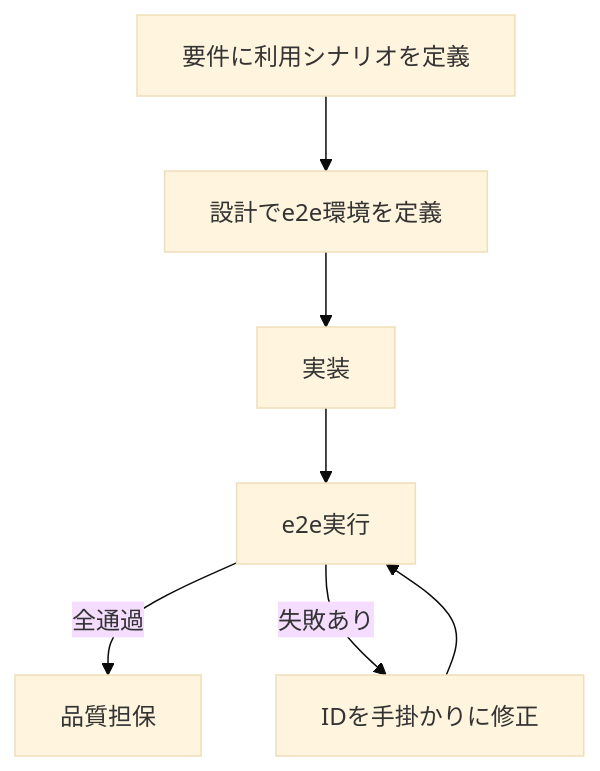
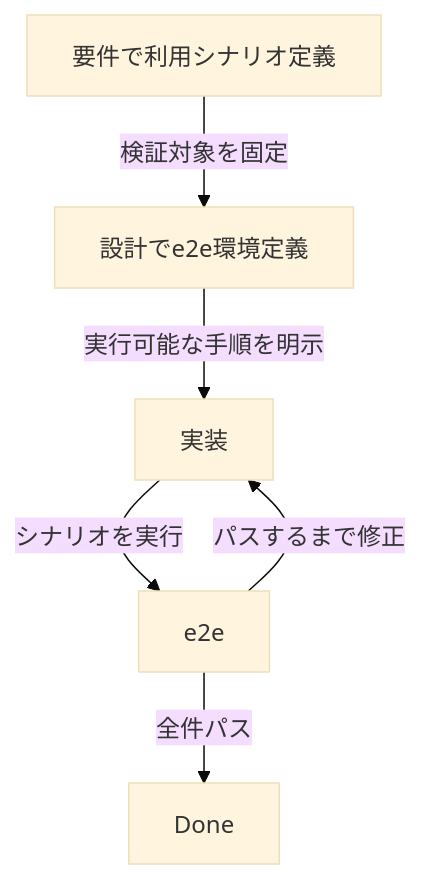
The fourth of 4 diagrams in article_isdd_dialog_spec_dev.md (notfolder/qiita_article), drawn with Mermaid (base theme) before and after one commit. The commit also changed other lines of this file and 3 other files, not shown here.

````diff
--- a/article_isdd_dialog_spec_dev.md
+++ b/article_isdd_dialog_spec_dev.md
@@ -165,9 +151,8 @@
 ```mermaid
 flowchart TD
-    S[要件に利用シナリオを定義] --> D[設計でe2e環境を定義]
-    D --> I[実装]
-    I --> T[e2e実行]
-    T -->|全通過| Q[品質担保]
-    T -->|失敗あり| F[IDを手掛かりに修正]
-    F --> T
+    A[要件で利用シナリオ定義] -- 検証対象を固定 --> B[設計でe2e環境定義]
+    B -- 実行可能な手順を明示 --> C[実装]
+    C -- シナリオを実行 --> D[e2e]
+    D -- パスするまで修正 --> C
+    D -- 全件パス --> E[Done]
 ```
````
